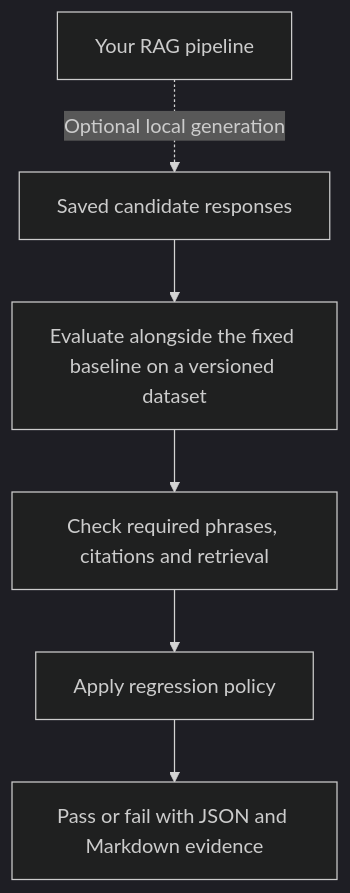
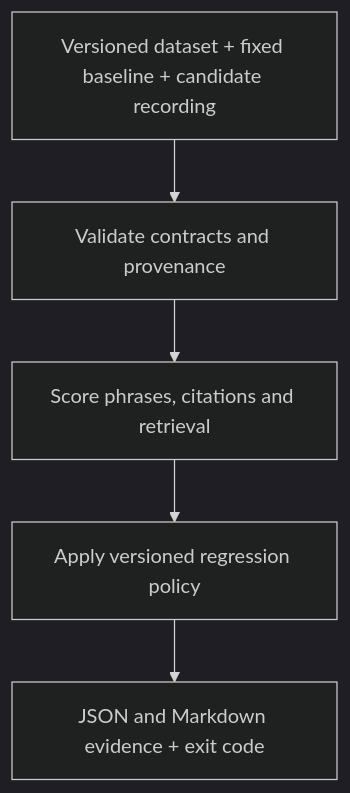
The diagram in README.md (Spoorthy-Siddannaiah/llm-regression-gate), drawn with Mermaid (dark theme) before and after one commit. The commit also changed other lines of this file and 14 other files, not shown here.

````diff
--- a/README.md
+++ b/README.md
@@ -168,8 +90,7 @@
 ```mermaid
 flowchart TD
-    Pipeline[Your RAG pipeline] -. Optional local generation .-> Candidate[Saved candidate responses]
-    Candidate --> Compare[Evaluate alongside the fixed baseline on a versioned dataset]
-    Compare --> Checks[Check required phrases, citations and retrieval]
-    Checks --> Gate[Apply regression policy]
-    Gate --> Reports[Pass or fail with JSON and Markdown evidence]
+    Inputs[Versioned dataset + fixed baseline + candidate recording] --> Validate[Validate contracts and provenance]
+    Validate --> Evaluate[Score phrases, citations and retrieval]
+    Evaluate --> Gate[Apply versioned regression policy]
+    Gate --> Evidence[JSON and Markdown evidence + exit code]
 ```
````
